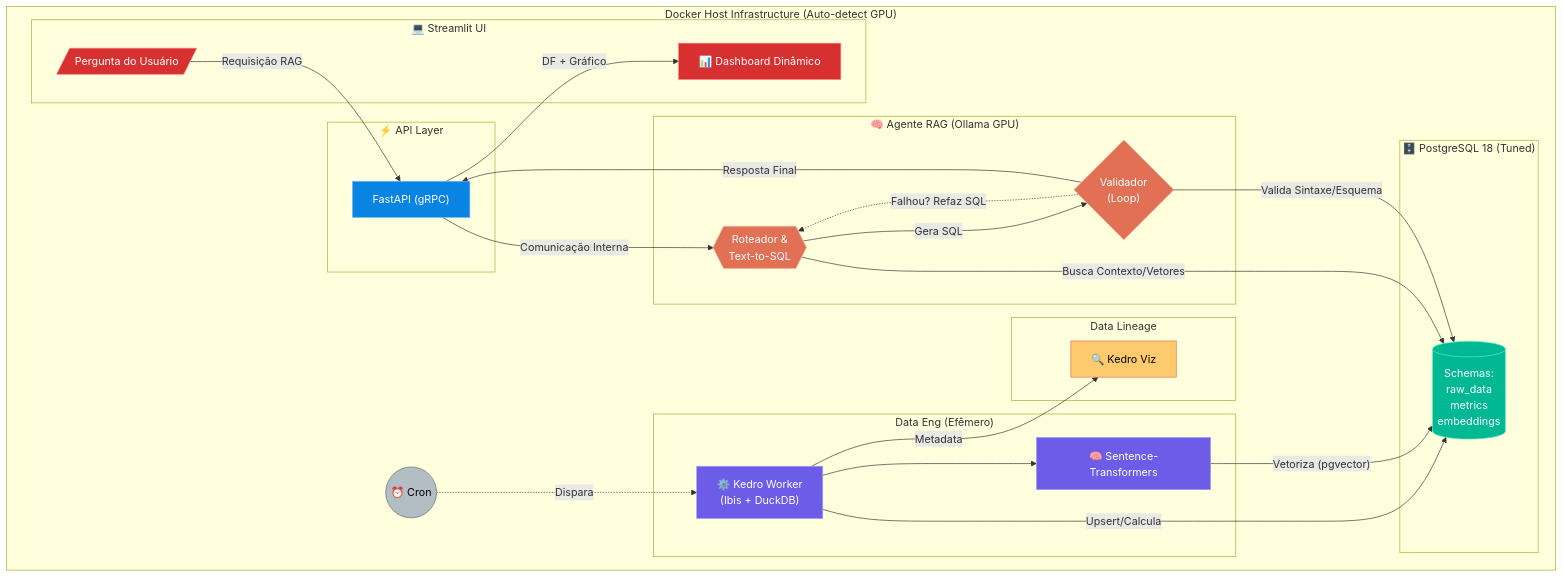
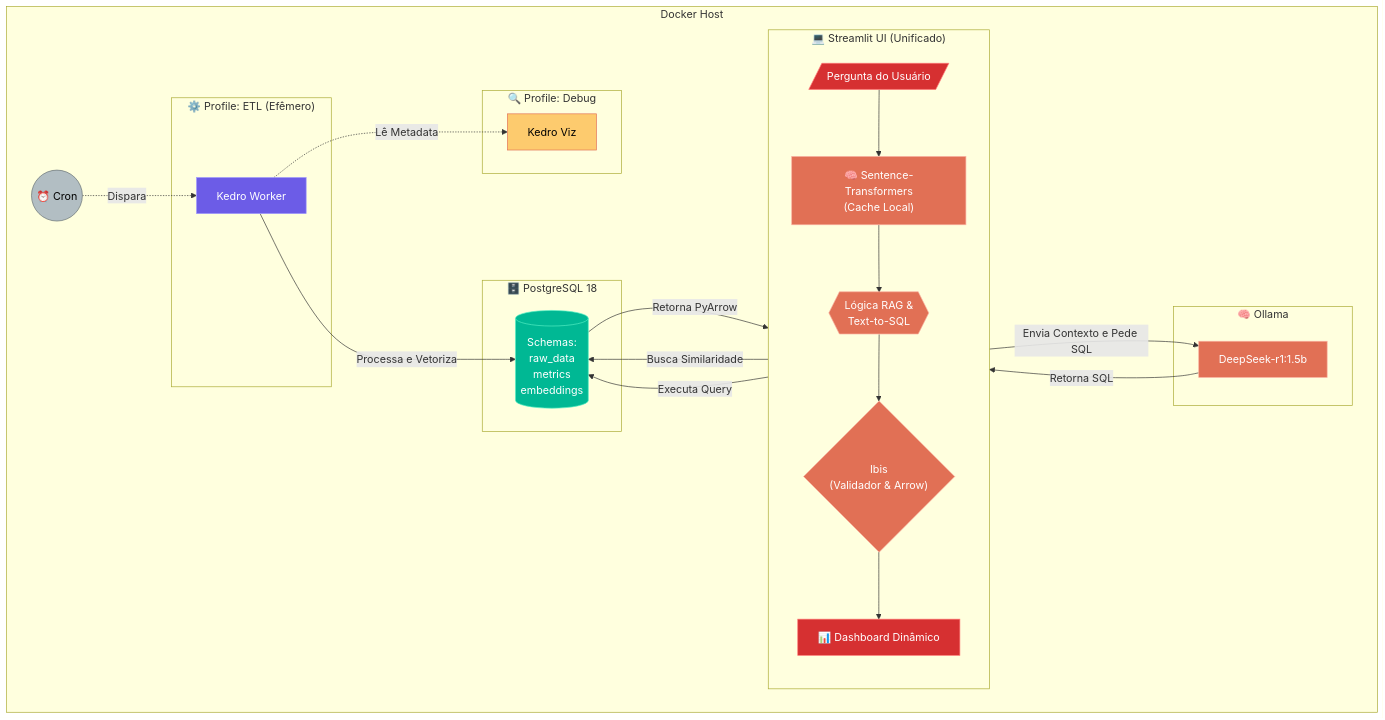
One commit to Rafael-soares-oliveira/ecommerce_mlops_genai_pipeline changed the diagram in README.md. Above: the diagram before and after it, drawn with Mermaid. The commit also changed other lines of this file and 29 other files, not shown here.

Commit message:
Add tables 'events' to the data_processing pipeline, tests. Project Review: API usage removed from the project; Ibis with PyArrow will be used instead.

````diff
--- a/README.md
+++ b/README.md
@@ -32,62 +31,58 @@
 ```mermaid
 graph LR
-    %% Estilização
-    classDef infra fill:#2d3436,stroke:#dfe6e9,color:#fff
-    classDef kedro fill:#6c5ce7,stroke:#a29bfe,color:#fff
-    classDef db fill:#00b894,stroke:#55efc4,color:#fff
-    classDef rag fill:#e17055,stroke:#fab1a0,color:#fff
-    classDef api fill:#0984e3,stroke:#74b9ff,color:#fff
-    classDef ui fill:#d63031,stroke:#ff7675,color:#fff
-    classDef viz fill:#fdcb6e,stroke:#e17055,color:#000
-    classDef cron fill:#b2bec3,stroke:#636e72,color:#000
+    %% Estilização
+    classDef infra fill:#2d3436,stroke:#dfe6e9,color:#fff
+    classDef kedro fill:#6c5ce7,stroke:#a29bfe,color:#fff
+    classDef db fill:#00b894,stroke:#55efc4,color:#fff
+    classDef rag fill:#e17055,stroke:#fab1a0,color:#fff
+    classDef ui fill:#d63031,stroke:#ff7675,color:#fff
+    classDef viz fill:#fdcb6e,stroke:#e17055,color:#000
+    classDef cron fill:#b2bec3,stroke:#636e72,color:#000
 
-    subgraph Docker_Host ["Docker Host Infrastructure (Auto-detect GPU)"]
-        direction LR
+    subgraph Docker_Host ["Docker Host"]
+        direction LR
+        
+        CRON(("⏰ Cron")):::cron
 
-        CRON(("⏰ Cron")):::cron
+        subgraph UI_Container ["💻 Streamlit UI (Unificado)"]
+            direction TB
+            INPUT[/Pergunta do Usuário/]:::ui
+            S_TRANS["🧠 Sentence-Transformers<br/>(Cache Local)"]:::rag
+            ROUTER{{"Lógica RAG &<br/>Text-to-SQL"}}:::rag
+            IBIS{"Ibis<br/>(Validador & Arrow)"}:::rag
+            DASH["📊 Dashboard Dinâmico"]:::ui
+        end
 
-        subgraph Kedro_Group ["Data Eng (Efêmero)"]
-            K_WORKER["⚙️ Kedro Worker <br/> (Ibis + DuckDB)"]:::kedro
-            S_TRANS["🧠 Sentence-Transformers"]:::kedro
-        end
-        
-        subgraph Kedro_Viz ["Data Lineage"]
-            K_VIZ["🔍 Kedro Viz"]:::viz
-        end
+        subgraph RAG_Engine ["🧠 Ollama"]
+            LLM["DeepSeek-r1:1.5b"]:::rag
+        end
 
-        subgraph Postgres_Container ["🗄️ PostgreSQL 18 (Tuned)"]
-            PG_ALL[("Schemas:<br/>raw_data<br/>metrics<br/>embeddings")]:::db
-        end
+        subgraph Postgres_Container ["🗄️ PostgreSQL 18"]
+            PG_ALL[("Schemas:<br/>raw_data<br/>metrics<br/>embeddings")]:::db
+        end
 
-        subgraph API_Layer ["⚡ API Layer"]
-            FASTAPI["FastAPI (gRPC)"]:::api
-        end
+        subgraph Kedro_Group ["⚙️ Profile: ETL (Efêmero)"]
+            K_WORKER["Kedro Worker"]:::kedro
+        end
 
-        subgraph RAG_Engine ["🧠 Agente RAG (Ollama GPU)"]
-            ROUTER{{"Roteador & <br/> Text-to-SQL"}}:::rag
-            VALIDATOR{"Validador<br/> (Loop)"}:::rag
-        end
+        subgraph Kedro_Viz ["🔍 Profile: Debug"]
+            K_VIZ["Kedro Viz"]:::viz
+        end
+    end
 
-        subgraph UI_Container ["💻 Streamlit UI"]
-            INPUT[/Pergunta do Usuário/]:::ui
-            DASH["📊 Dashboard Dinâmico"]:::ui
-        end
-    end
+    %% Fluxos ETL (Batch)
+    CRON -. "Dispara" .-> K_WORKER
+    K_WORKER -- "Processa e Vetoriza" --> PG_ALL
+    K_WORKER -. "Lê Metadata" .-> K_VIZ
 
-    %% Fluxos ETL (Batch)
-    CRON -. "Dispara" .-> K_WORKER
-    K_WORKER -- "Upsert/Calcula" --> PG_ALL
-    K_WORKER --> S_TRANS
-    S_TRANS -- "Vetoriza (pgvector)" --> PG_ALL
-    K_WORKER -- "Metadata" --> K_VIZ
-
-    %% Fluxos RAG & UI (Real-time)
-    INPUT -- "Requisição RAG" --> FASTAPI
-    FASTAPI -- "Comunicação Interna" --> ROUTER
-    ROUTER -- "Busca Contexto/Vetores" --> PG_ALL
-    ROUTER -- "Gera SQL" --> VALIDATOR
-    VALIDATOR -- "Valida Sintaxe/Esquema" --> PG_ALL
-    VALIDATOR -. "Falhou? Refaz SQL" .-> ROUTER
-    VALIDATOR -- "Resposta Final" --> FASTAPI
-    FASTAPI -- "DF + Gráfico" --> DASH
+    %% Fluxos RAG & UI (Real-time)
+    INPUT --> S_TRANS
+    S_TRANS -- "Busca Similaridade" --> PG_ALL
+    S_TRANS --> ROUTER
+    ROUTER -- "Envia Contexto e Pede SQL" --> LLM
+    LLM -- "Retorna SQL" --> ROUTER
+    ROUTER --> IBIS
+    IBIS -- "Executa Query" --> PG_ALL
+    PG_ALL -- "Retorna PyArrow" --> IBIS
+    IBIS --> DASH
 ```
````
